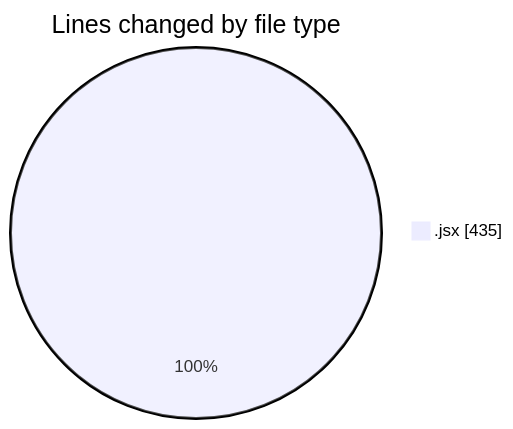
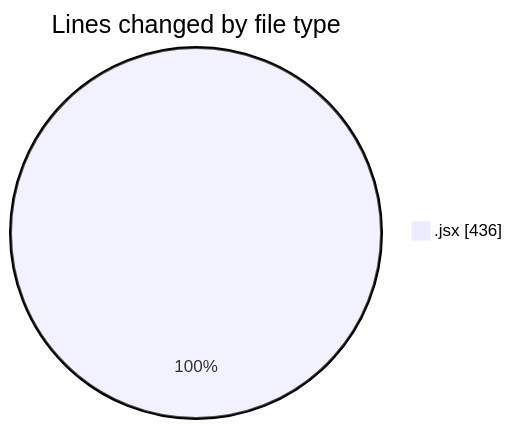
One commit to nxtqubesakshisongat/code-tracking changed the first of 2 diagrams in 2025-07-21/nxtqube_webapp/README.md. Above: the diagram before and after it, drawn with Mermaid. The commit also changed other lines of this file and 1 other file, not shown here.

````diff
--- a/2025-07-21/nxtqube_webapp/README.md
+++ b/2025-07-21/nxtqube_webapp/README.md
@@ -20,5 +20,5 @@
 ```mermaid
 pie showData
 title Lines changed by file type
-".jsx" : 435
+".jsx" : 436
 ```
````
